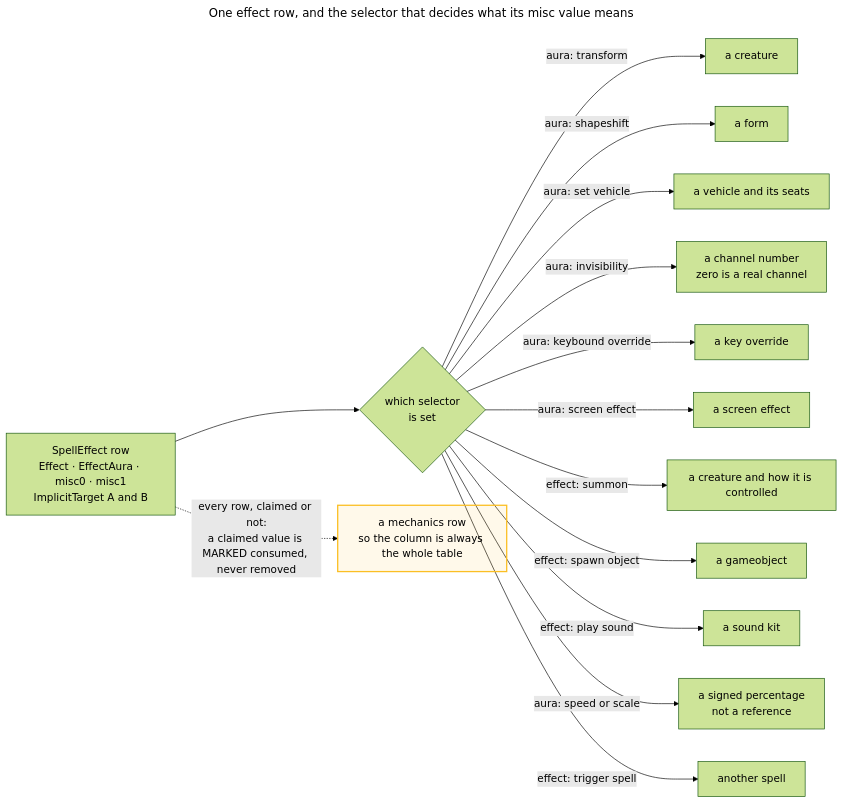
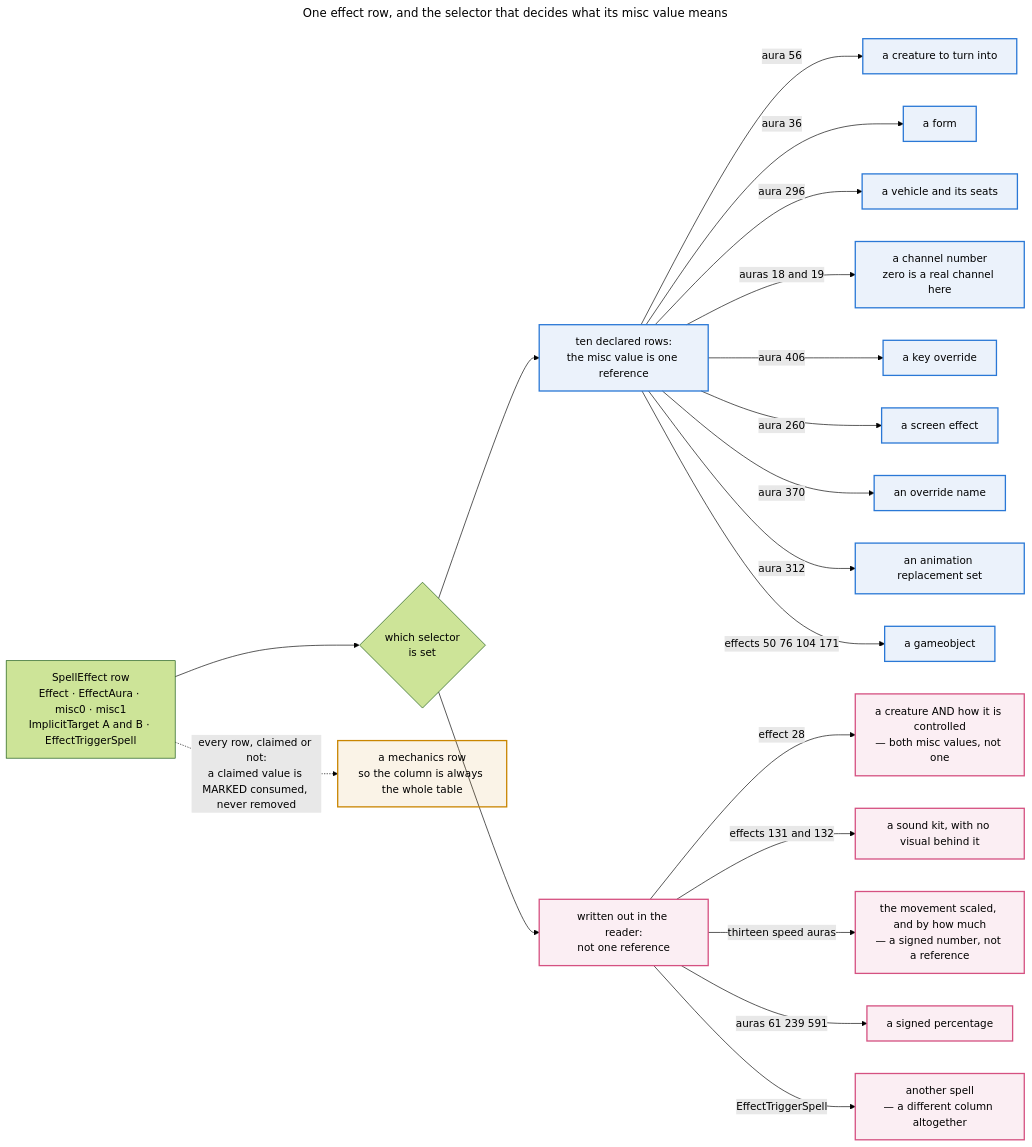
The tenth of 12 diagrams in docs/DATA_ROUTES.md (Natans8/Epsilook), drawn with Mermaid (forest theme) before and after one commit. The commit also changed other lines of this file, not shown here.

````diff
--- a/docs/DATA_ROUTES.md
+++ b/docs/DATA_ROUTES.md
@@ -730,30 +858,42 @@
 ```mermaid
 ---
 title: One effect row, and the selector that decides what its misc value means
 ---
 flowchart LR
     accTitle: The effect selector dispatch
     accDescr {
-      An effect row's Effect or EffectAura column selects what the misc value beside it
-      means. Whatever a selector claims, the row itself still becomes a mechanics row, with the
-      claimed value marked consumed rather than removed.
+    An effect row's Effect or EffectAura column selects what the misc value beside it
+    means. Ten selectors whose misc value is one plain reference are a single declared row each;
+    five more are written out in the reader because what they carry is not one reference — a
+    pair, a signed number, or a different column altogether. Whatever a selector claims, the row
+    still becomes a mechanics row, with the claimed value marked consumed rather than removed.
     }
-
-    SE["SpellEffect row<br/>Effect · EffectAura · misc0 · misc1<br/>ImplicitTarget A and B"]
+    SE["SpellEffect row<br/>Effect · EffectAura · misc0 · misc1<br/>ImplicitTarget A and B · EffectTriggerSpell"]
     SE --> SEL{"which selector<br/>is set"}
-    SEL -->|"aura: transform"| CRE["a creature"]
-    SEL -->|"aura: shapeshift"| FRM["a form"]
-    SEL -->|"aura: set vehicle"| VEH["a vehicle and its seats"]
-    SEL -->|"aura: invisibility"| CHN["a channel number<br/>zero is a real channel"]
-    SEL -->|"aura: keybound override"| KEY["a key override"]
-    SEL -->|"aura: screen effect"| SCE["a screen effect"]
-    SEL -->|"effect: summon"| SUM["a creature and how it is controlled"]
-    SEL -->|"effect: spawn object"| OBJ["a gameobject"]
-    SEL -->|"effect: play sound"| PSD["a sound kit"]
-    SEL -->|"aura: speed or scale"| NUM["a signed percentage<br/>not a reference"]
-    SEL -->|"effect: trigger spell"| LNK["another spell"]
-    SE -. "every row, claimed or not:<br/>a claimed value is MARKED consumed, never removed" .-> MEC["a mechanics row<br/>so the column is always the whole table"]
-
-    classDef always fill:#fbbf2418,stroke:#fbbf24,stroke-width:2px
+    SEL --> DECL["ten declared rows:<br/>the misc value is one reference"]
+    DECL -->|"aura 56"| CRE["a creature to turn into"]
+    DECL -->|"aura 36"| FRM["a form"]
+    DECL -->|"aura 296"| VEH["a vehicle and its seats"]
+    DECL -->|"auras 18 and 19"| CHN["a channel number<br/>zero is a real channel here"]
+    DECL -->|"aura 406"| KEY["a key override"]
+    DECL -->|"aura 260"| SCE["a screen effect"]
+    DECL -->|"aura 370"| NAM["an override name"]
+    DECL -->|"aura 312"| ARP["an animation replacement set"]
+    DECL -->|"effects 50 76 104 171"| OBJ["a gameobject"]
+    SEL --> HAND["written out in the reader:<br/>not one reference"]
+    HAND -->|"effect 28"| SUM["a creature AND how it is controlled<br/>— both misc values, not one"]
+    HAND -->|"effects 131 and 132"| PSD["a sound kit, with no visual behind it"]
+    HAND -->|"thirteen speed auras"| SPD["the movement scaled, and by how much<br/>— a signed number, not a reference"]
+    HAND -->|"auras 61 239 591"| SCL["a signed percentage"]
+    HAND -->|"EffectTriggerSpell"| LNK["another spell<br/>— a different column altogether"]
+    SE -."every row, claimed or not:<br/>a claimed value is MARKED consumed, never removed".-> MEC["a mechanics row<br/>so the column is always the whole table"]
+    %% The split that matters is declaration against hand-written reader, so those
+    %% are the two groups; the always-edge gets the third hue because it is the
+    %% one thing on the page that is true of every row.
+    classDef declared fill:#2a78d618,stroke:#2a78d6,stroke-width:2px
+    classDef handwritten fill:#d5518118,stroke:#d55181,stroke-width:2px
+    classDef always fill:#c9850018,stroke:#c98500,stroke-width:2px
+    class DECL,CRE,FRM,VEH,CHN,KEY,SCE,NAM,ARP,OBJ declared
+    class HAND,SUM,PSD,SPD,SCL,LNK handwritten
     class MEC always
 ```
````
